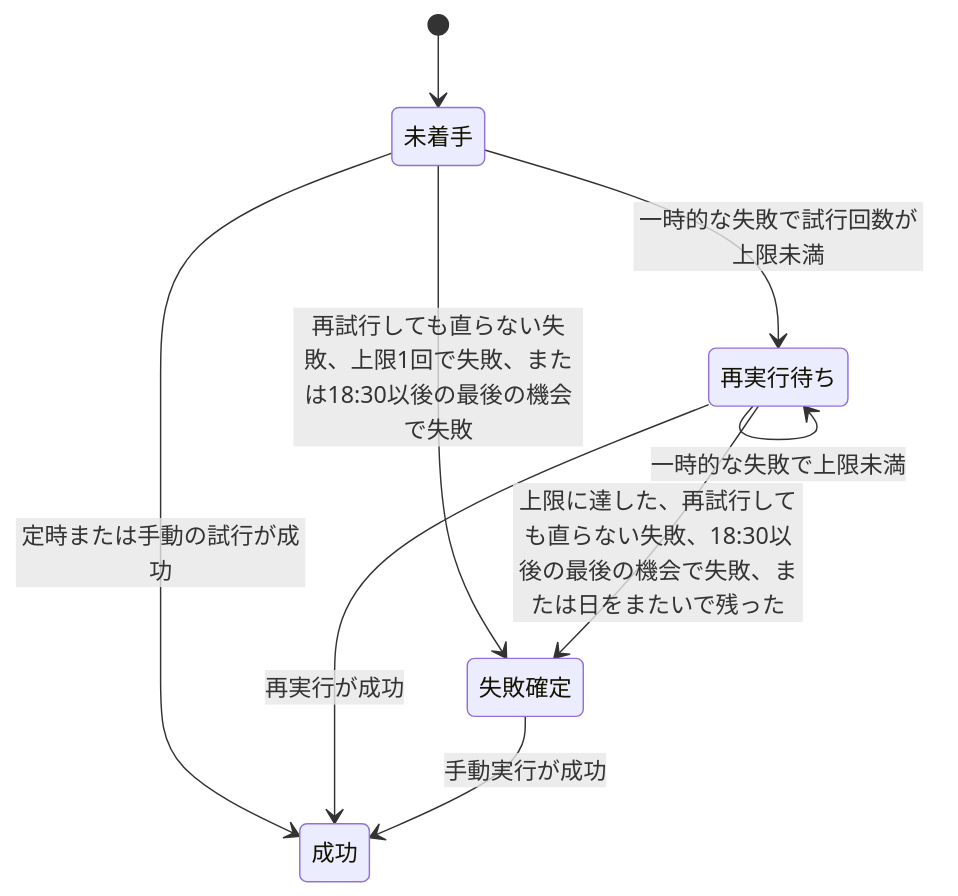
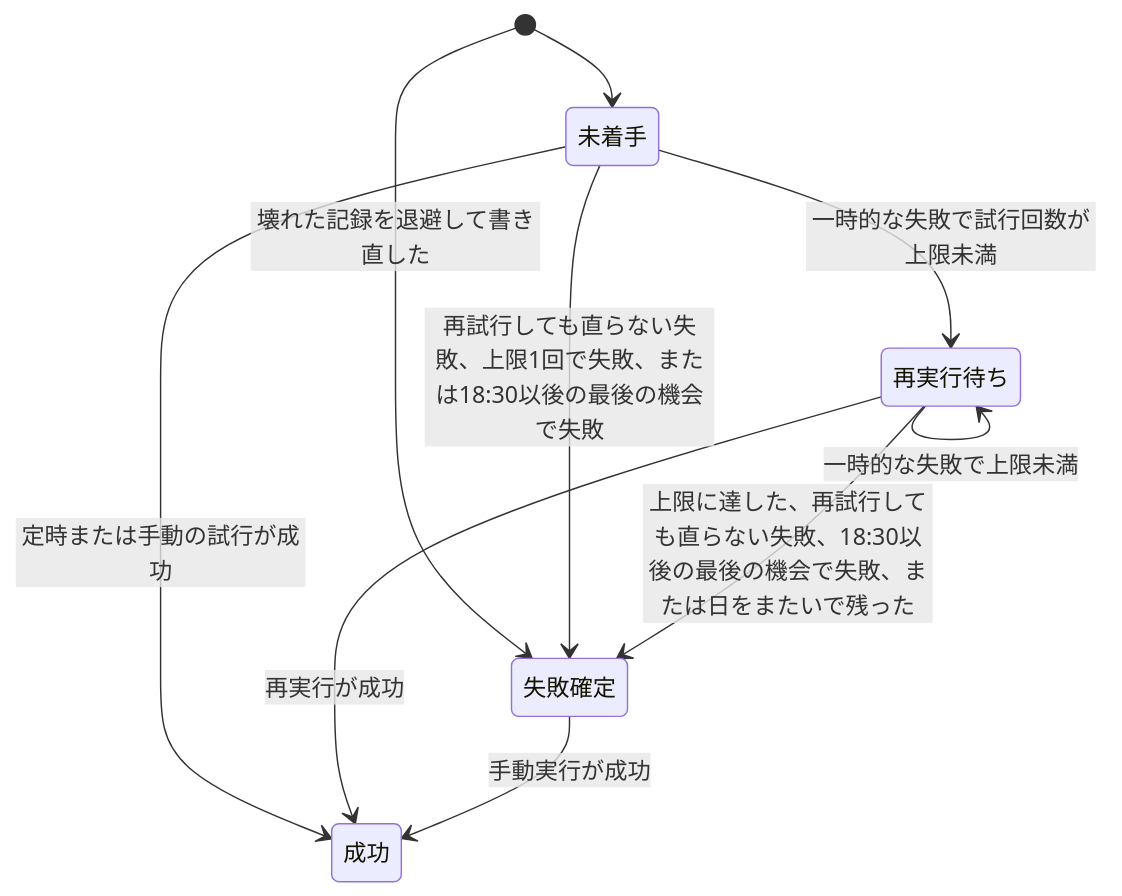
Before and after one commit to dnode-ryosuke-yamazaki/study: the sixth of 6 diagrams in apps/digest-platform/specs/batch-runner/design.md, drawn with Mermaid. The commit also changed other lines of this file and 6 other files, not shown here.

````diff
--- a/apps/digest-platform/specs/batch-runner/design.md
+++ b/apps/digest-platform/specs/batch-runner/design.md
@@ -303,15 +302,16 @@
 ```mermaid
 stateDiagram-v2
     state "未着手" as pending
     state "再実行待ち" as retry
     state "成功" as succeeded
     state "失敗確定" as failed
     [*] --> pending
+    [*] --> failed: 壊れた記録を退避して書き直した
     pending --> succeeded: 定時または手動の試行が成功
     pending --> retry: 一時的な失敗で試行回数が上限未満
     pending --> failed: 再試行しても直らない失敗、上限1回で失敗、または18:30以後の最後の機会で失敗
     retry --> succeeded: 再実行が成功
     retry --> retry: 一時的な失敗で上限未満
     retry --> failed: 上限に達した、再試行しても直らない失敗、18:30以後の最後の機会で失敗、または日をまたいで残った
     failed --> succeeded: 手動実行が成功
 ```
````
